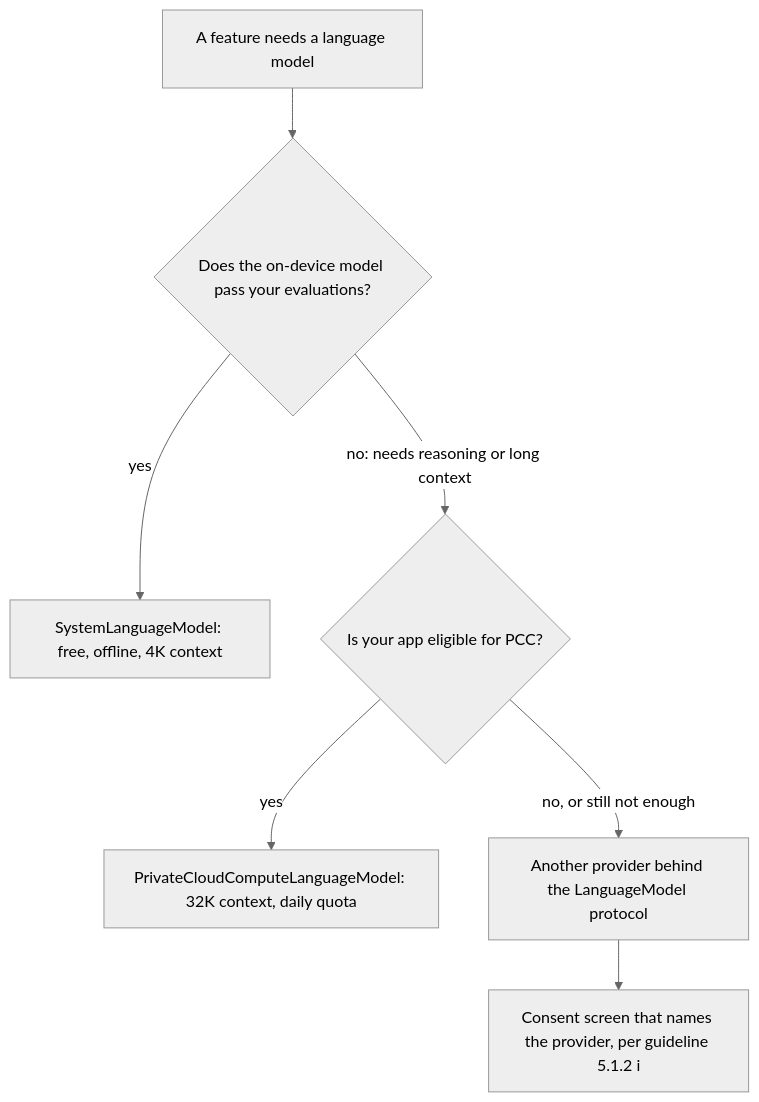
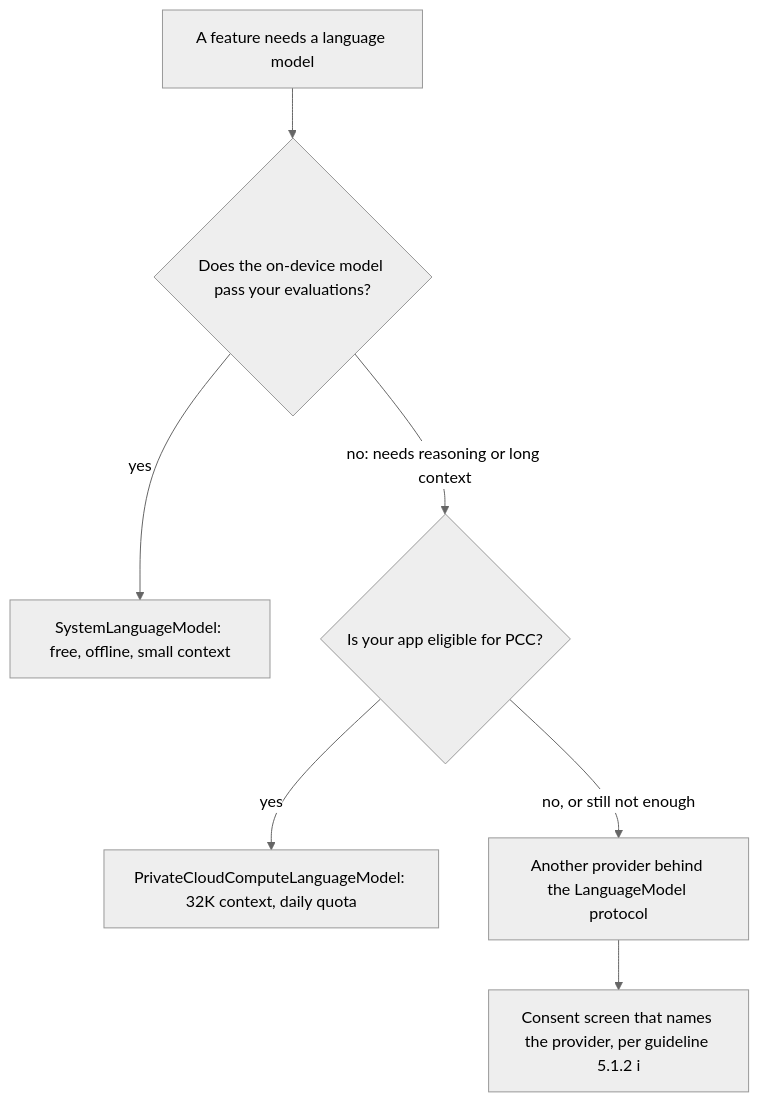
One commit to ehzawad/ideation-of-ios-app changed the sixth of 9 diagrams in learn/00-mental-models.md. Above: the diagram before and after it, drawn with Mermaid (neutral theme). The commit also changed other lines of this file and 1 other file, not shown here.

````diff
--- a/learn/00-mental-models.md
+++ b/learn/00-mental-models.md
@@ -313,9 +313,9 @@
 ```mermaid
 flowchart TB
   Q["A feature needs a language model"] --> A{"Does the on-device model pass your evaluations?"}
-  A -->|"yes"| D["SystemLanguageModel: free, offline, 4K context"]
+  A -->|"yes"| D["SystemLanguageModel: free, offline, small context"]
   A -->|"no: needs reasoning or long context"| P{"Is your app eligible for PCC?"}
   P -->|"yes"| PCC["PrivateCloudComputeLanguageModel: 32K context, daily quota"]
   P -->|"no, or still not enough"| T["Another provider behind the LanguageModel protocol"]
   T --> C["Consent screen that names the provider, per guideline 5.1.2 i"]
 ```
````
